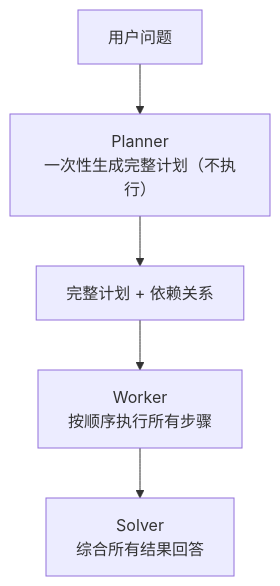
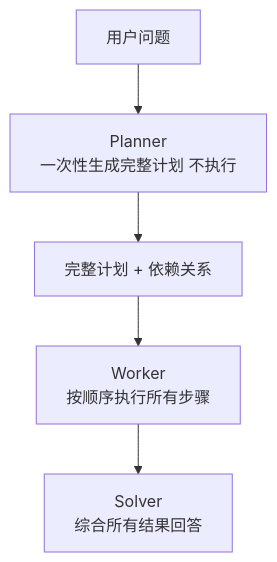
One commit to jpixy/jpixy.github.io changed the seventh of 11 diagrams in content/articles/ai/ai-10-Agent智能体架构详解.md. Above: the diagram before and after it, drawn with Mermaid. The commit also changed 66 other files, not shown here.

Commit message:
fix: resolve Mermaid syntax errors by removing parentheses in node labels

````diff
--- a/content/articles/ai/ai-10-Agent智能体架构详解.md
+++ b/content/articles/ai/ai-10-Agent智能体架构详解.md
@@ -287,7 +287,7 @@
 ```mermaid
 graph TB
-    A[用户问题] --> B["Planner<br/>一次性生成完整计划（不执行）"]
+    A[用户问题] --> B["Planner<br/>一次性生成完整计划 不执行"]
     B --> C["完整计划 + 依赖关系"]
     C --> D["Worker<br/>按顺序执行所有步骤"]
     D --> E["Solver<br/>综合所有结果回答"]
 ```
````
